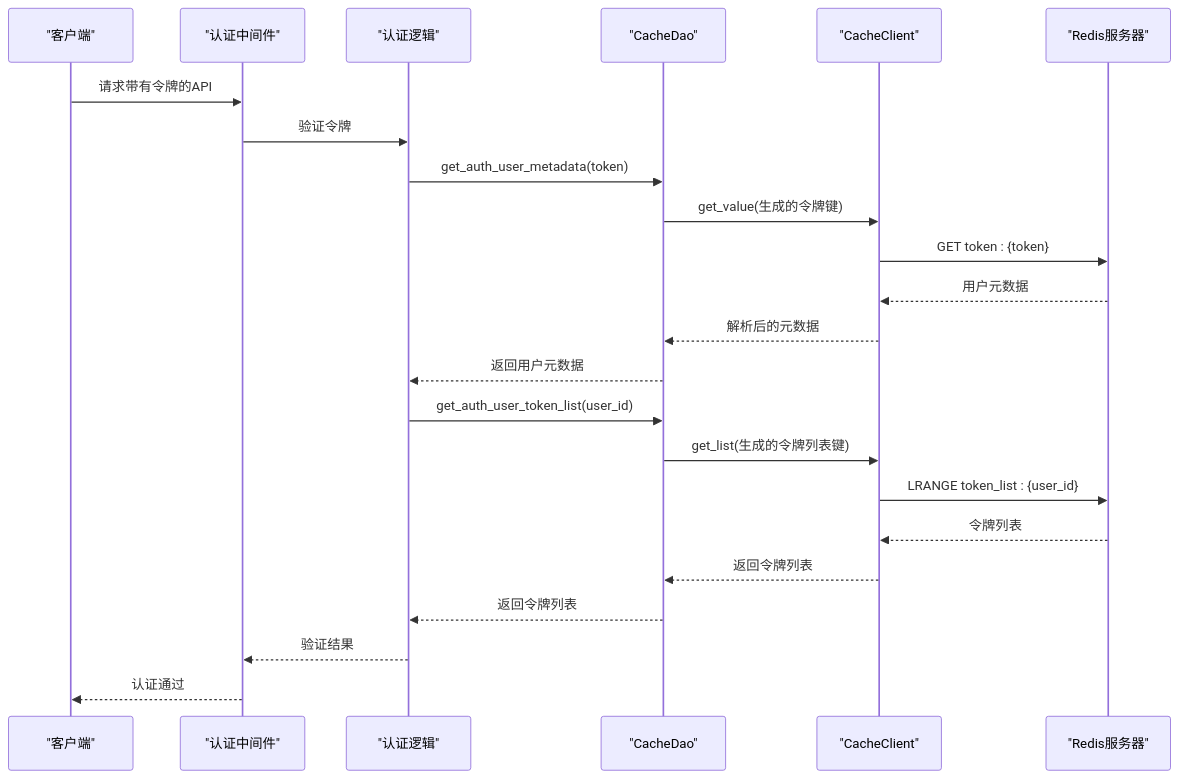
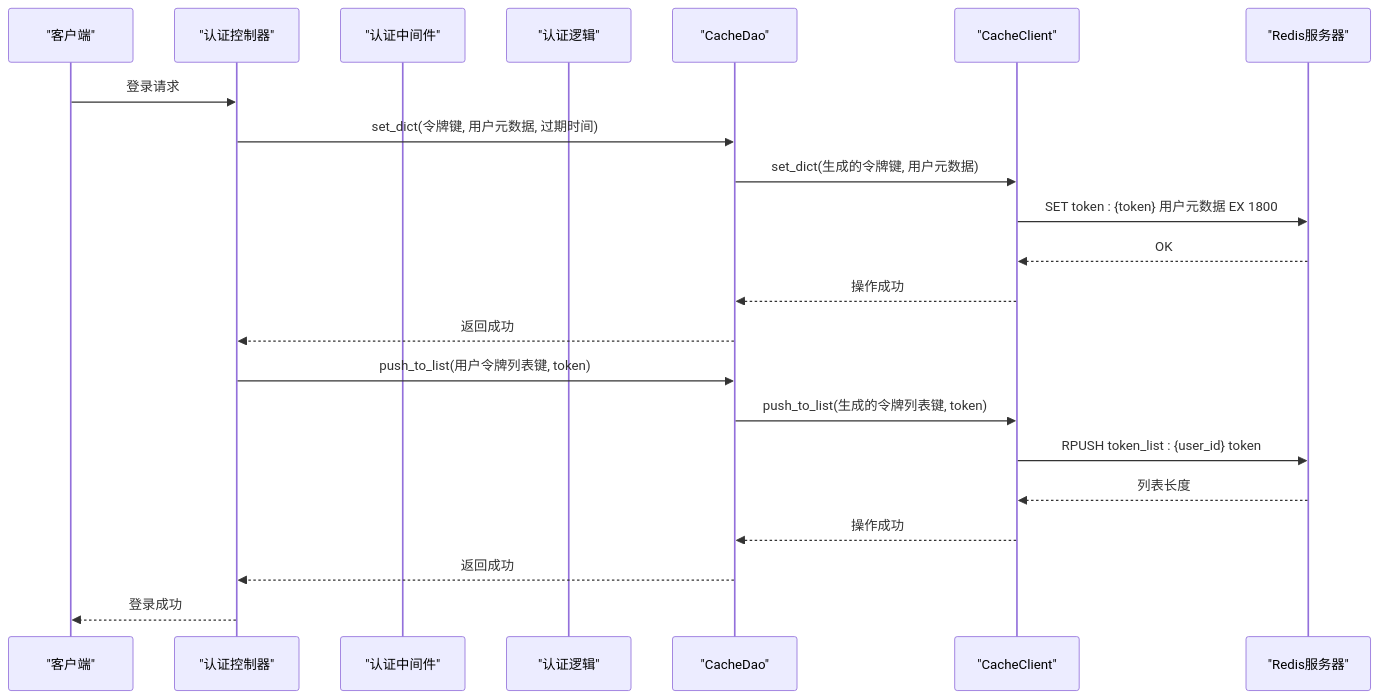
Before and after one commit to lilinzezzzzzz/fastapi-backend: the fifth of 8 diagrams in .qoder/repowiki/zh/content/数据访问层/Redis数据访问对象.md, drawn with Mermaid. The commit also changed other lines of this file and 38 other files, not shown here.

````diff
--- a/.qoder/repowiki/zh/content/数据访问层/Redis数据访问对象.md
+++ b/.qoder/repowiki/zh/content/数据访问层/Redis数据访问对象.md
@@ -234,25 +252,24 @@
 ```mermaid
 sequenceDiagram
 participant Client as "客户端"
+participant Controller as "认证控制器"
 participant Middleware as "认证中间件"
 participant Auth as "认证逻辑"
 participant Dao as "CacheDao"
 participant Cache as "CacheClient"
 participant Redis as "Redis服务器"
-Client->>Middleware : 请求带有令牌的API
-Middleware->>Auth : 验证令牌
-Auth->>Dao : get_auth_user_metadata(token)
-Dao->>Cache : get_value(生成的令牌键)
-Cache->>Redis : GET token : {token}
-Redis-->>Cache : 用户元数据
-Cache-->>Dao : 解析后的元数据
-Dao-->>Auth : 返回用户元数据
-Auth->>Dao : get_auth_user_token_list(user_id)
-Dao->>Cache : get_list(生成的令牌列表键)
-Cache->>Redis : LRANGE token_list : {user_id}
-Redis-->>Cache : 令牌列表
-Cache-->>Dao : 返回令牌列表
-Dao-->>Auth : 返回令牌列表
-Auth-->>Middleware : 验证结果
-Middleware-->>Client : 认证通过
+Client->>Controller : 登录请求
+Controller->>Dao : set_dict(令牌键, 用户元数据, 过期时间)
+Dao->>Cache : set_dict(生成的令牌键, 用户元数据)
+Cache->>Redis : SET token : {token} 用户元数据 EX 1800
+Redis-->>Cache : OK
+Cache-->>Dao : 操作成功
+Dao-->>Controller : 返回成功
+Controller->>Dao : push_to_list(用户令牌列表键, token)
+Dao->>Cache : push_to_list(生成的令牌列表键, token)
+Cache->>Redis : RPUSH token_list : {user_id} token
+Redis-->>Cache : 列表长度
+Cache-->>Dao : 操作成功
+Dao-->>Controller : 返回成功
+Controller-->>Client : 登录成功
 ```
````
